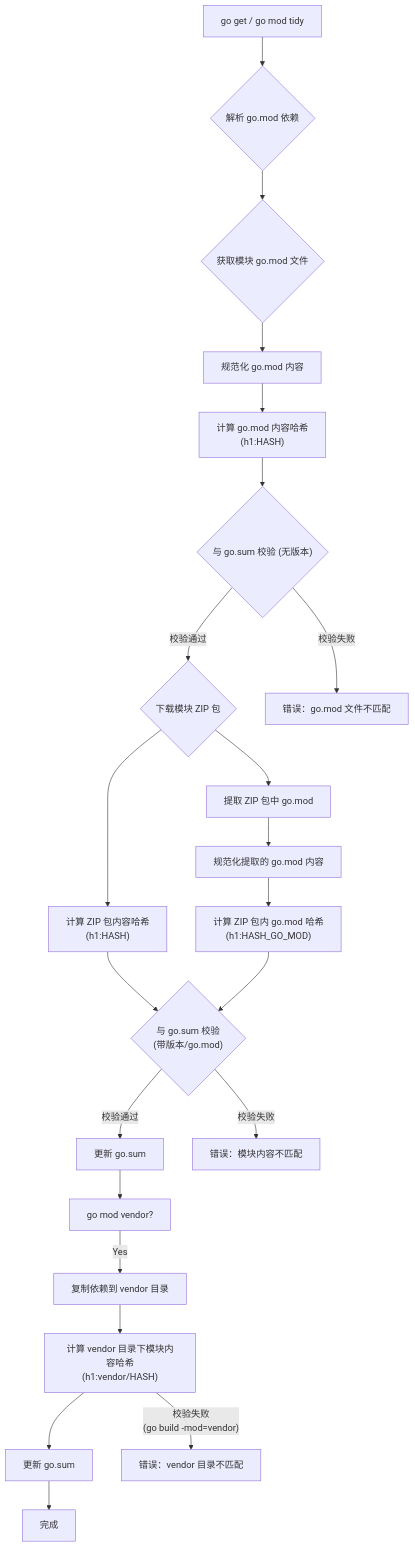
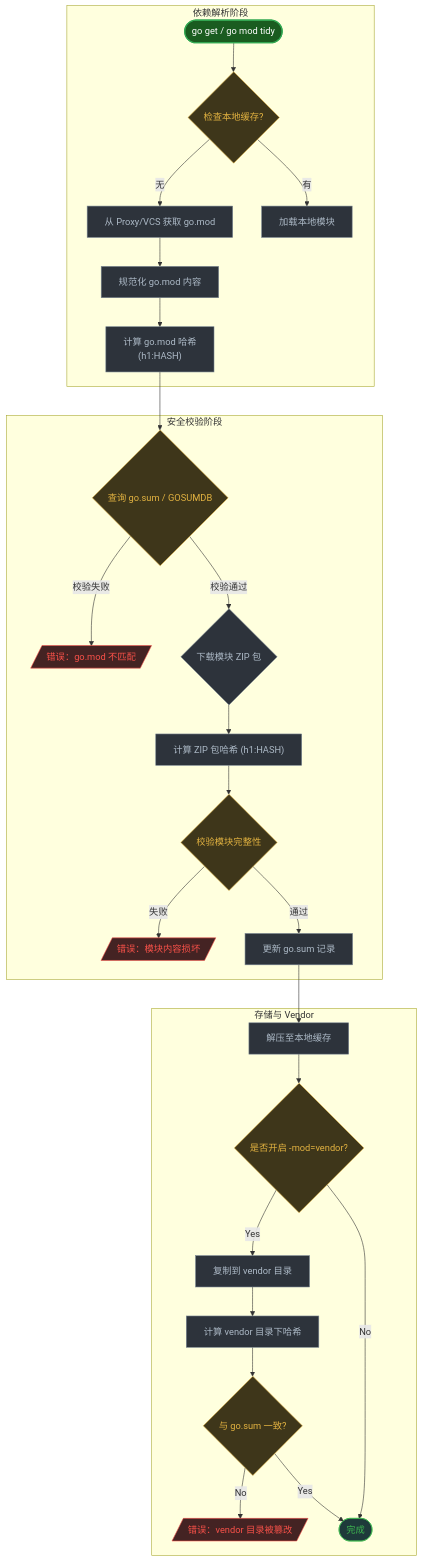
One commit to teatang/t-blog changed the diagram in source/_posts/2026/2026-02-24_go.sum 文件中特殊哈希计算详解.md. Above: the diagram before and after it, drawn with Mermaid. The commit also changed 6 other files, not shown here.

```diff
--- a/source/_posts/2026/2026-02-24_go.sum 文件中特殊哈希计算详解.md
+++ b/source/_posts/2026/2026-02-24_go.sum 文件中特殊哈希计算详解.md
@@ -358,23 +358,46 @@
 {% mermaid %}
 graph TD
-    A["go get / go mod tidy"] --> B{解析 go.mod 依赖};
-    B --> C{获取模块 go.mod 文件};
-    C --> D[规范化 go.mod 内容];
-    D --> E["计算 go.mod 内容哈希<br>(h1:HASH)"];
-    E --> F{"与 go.sum 校验 (无版本)"};
-    F -- 校验通过 --> G{下载模块 ZIP 包};
-    G --> H["计算 ZIP 包内容哈希<br>(h1:HASH)"];
-    G --> I[提取 ZIP 包中 go.mod];
-    I --> J[规范化提取的 go.mod 内容];
-    J --> K["计算 ZIP 包内 go.mod 哈希<br>(h1:HASH_GO_MOD)"];
-    H & K --> L{"与 go.sum 校验 <br>(带版本/go.mod)"};
-    L -- 校验通过 --> M[更新 go.sum];
-    M --> N[go mod vendor?];
-    N -- Yes --> O[复制依赖到 vendor 目录];
-    O --> P["计算 vendor 目录下模块内容哈希<br>(h1:vendor/HASH)"];
-    P --> Q[更新 go.sum];
-    Q --> R[完成];
-    F -- 校验失败 --> S[错误：go.mod 文件不匹配];
-    L -- 校验失败 --> T[错误：模块内容不匹配];
-    P -- 校验失败<br>(go build -mod=vendor) --> U[错误：vendor 目录不匹配];
+    %% 样式定义
+    classDef start fill:#1a5c20,stroke:#32a852,stroke-width:2px,color:#fff;
+    classDef process fill:#2d333b,stroke:#768390,stroke-width:1px,color:#adbac7;
+    classDef decision fill:#3e361a,stroke:#e3b341,stroke-width:1px,color:#e3b341;
+    classDef error fill:#442323,stroke:#f85149,stroke-width:1px,color:#f85149;
+    classDef success fill:#1e3a3a,stroke:#3fb950,stroke-width:1px,color:#3fb950;
+
+    subgraph Phase1 [依赖解析阶段]
+        A(["go get / go mod tidy"]) --> B{检查本地缓存?};
+        B -- 无 --> C[从 Proxy/VCS 获取 go.mod];
+        B -- 有 --> D[加载本地模块];
+        C --> E[规范化 go.mod 内容];
+        E --> F["计算 go.mod 哈希<br/>(h1:HASH)"];
+    end
+
+    subgraph Phase2 [安全校验阶段]
+        F --> G{查询 go.sum / GOSUMDB};
+        G -- 校验失败 --> ERR1[/"错误：go.mod 不匹配"/];
+        G -- 校验通过 --> H{下载模块 ZIP 包};
+        
+        H --> I["计算 ZIP 包哈希 (h1:HASH)"];
+        I --> J{校验模块完整性};
+        J -- 失败 --> ERR2[/"错误：模块内容损坏"/];
+        J -- 通过 --> K[更新 go.sum 记录];
+    end
+
+    subgraph Phase3 [存储与 Vendor]
+        K --> L[解压至本地缓存];
+        L --> M{是否开启 -mod=vendor?};
+        M -- Yes --> N[复制到 vendor 目录];
+        N --> O["计算 vendor 目录下哈希"];
+        O --> P{与 go.sum 一致?};
+        P -- No --> ERR3[/"错误：vendor 目录被篡改"/];
+        P -- Yes --> FIN([完成]);
+        M -- No --> FIN;
+    end
+
+    %% 应用样式
+    class A start;
+    class B,G,J,M,P decision;
+    class C,D,E,F,H,I,K,L,N,O process;
+    class ERR1,ERR2,ERR3 error;
+    class FIN success;
 {% endmermaid %}
```
